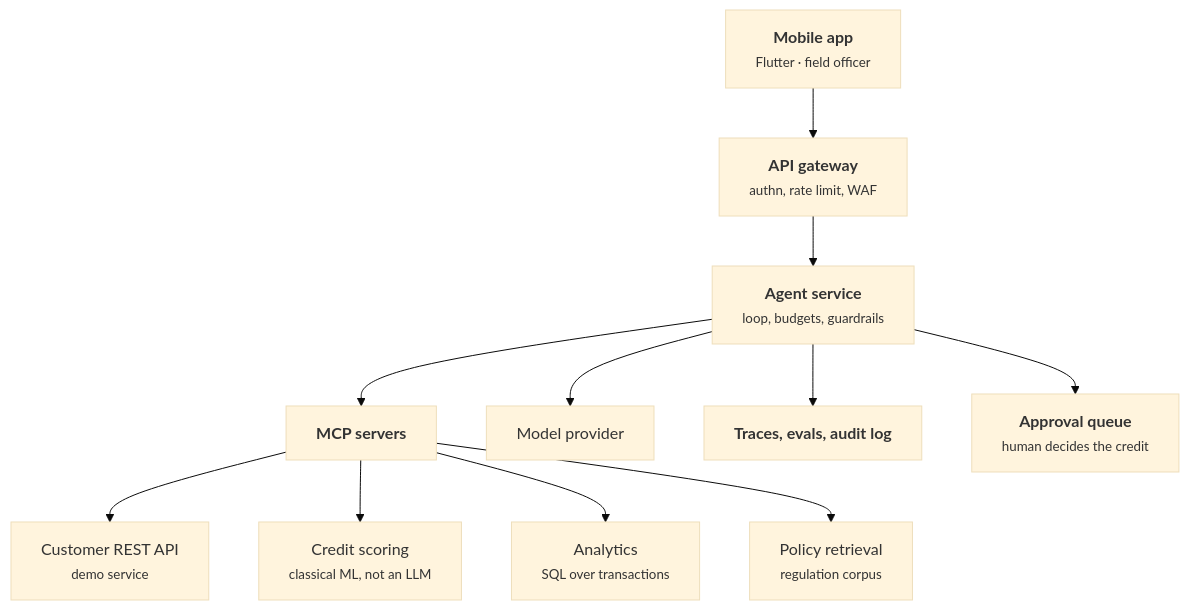
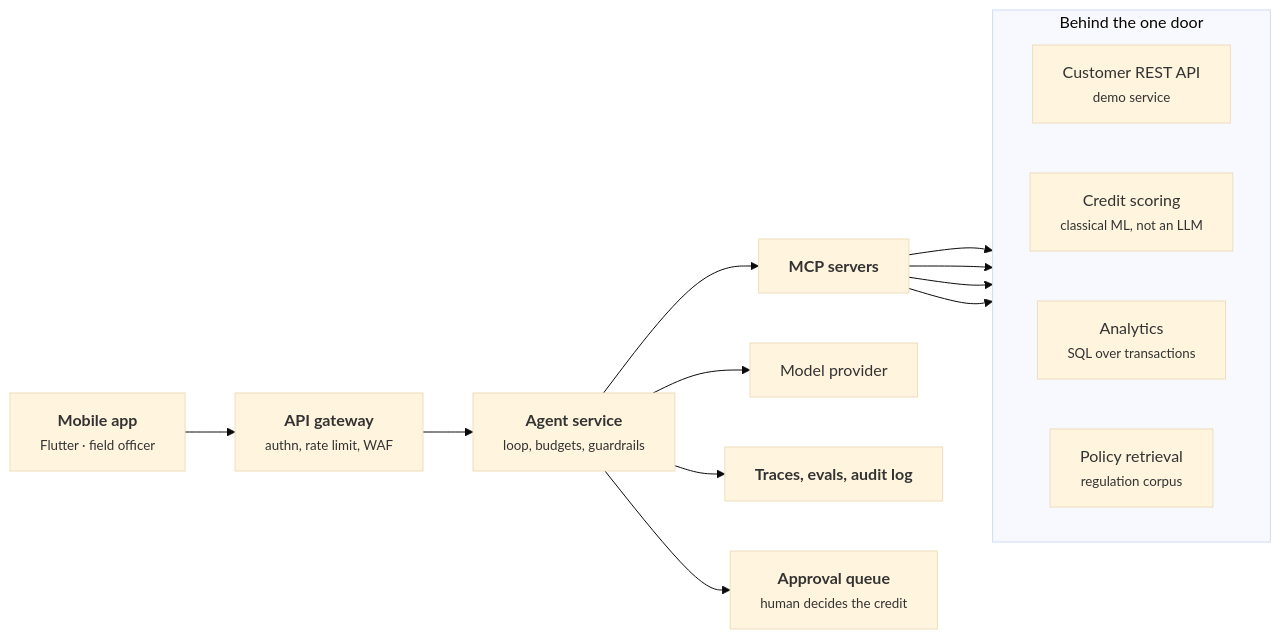
One commit to situkangsayur/dnd-ai-products-services-pro-course-slides changed the diagram in figs/hendri-sysdesign.mmd. Above: the diagram before and after it, drawn with Mermaid (base theme). The commit also changed 148 other files, not shown here.

First line of the commit message:
Diagram yang mengecil: tuntas. 0 dari 191 figur tampil di bawah 55%

```diff
--- a/figs/hendri-sysdesign.mmd
+++ b/figs/hendri-sysdesign.mmd
@@ -1,22 +1,37 @@
+%% direction chosen by tools/figures.py: this renders
+%% better in the space a slide gives it. Edit the deck
+%% source, not this file.
 
-flowchart TB
+flowchart LR
   APP["<b>Mobile app</b><br/><small>Flutter · field officer</small>"]
   GW["<b>API gateway</b><br/><small>authn, rate limit, WAF</small>"]
   ORCH["<b>Agent service</b><br/><small>loop, budgets, guardrails</small>"]
   MCP["<b>MCP servers</b>"]
   T1["Customer REST API<br/><small>demo service</small>"]
   T2["Credit scoring<br/><small>classical ML, not an LLM</small>"]
   T3["Analytics<br/><small>SQL over transactions</small>"]
   T4["Policy retrieval<br/><small>regulation corpus</small>"]
   LLM["Model provider"]
   OBS["<b>Traces, evals, audit log</b>"]
   HUM["<b>Approval queue</b><br/><small>human decides the credit</small>"]
   APP --> GW --> ORCH
   ORCH --> LLM
   ORCH --> MCP
   MCP --> T1
   MCP --> T2
   MCP --> T3
   MCP --> T4
   ORCH --> OBS
   ORCH --> HUM
+
+  %% The four tools fan out from one node, and an unconstrained fan makes the
+  %% drawing exactly as tall as the fan is wide. Boxing them into one row keeps
+  %% the figure inside the space a slide gives it -- and says something true
+  %% besides: they are siblings behind one door, not a hierarchy.
+  subgraph TOOLS["Behind the one door"]
+    direction LR
+    T1
+    T2
+    T3
+    T4
+  end
```
